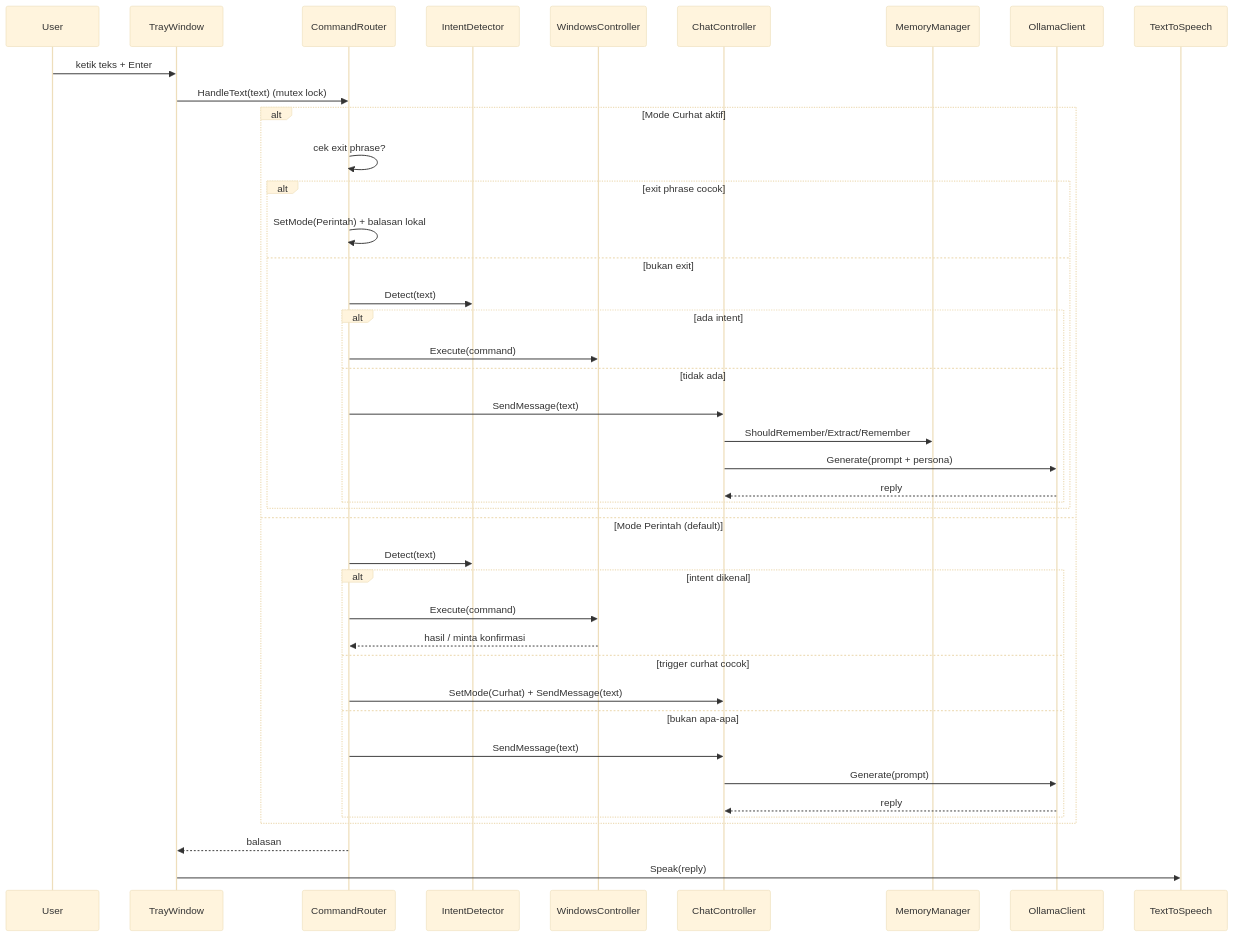
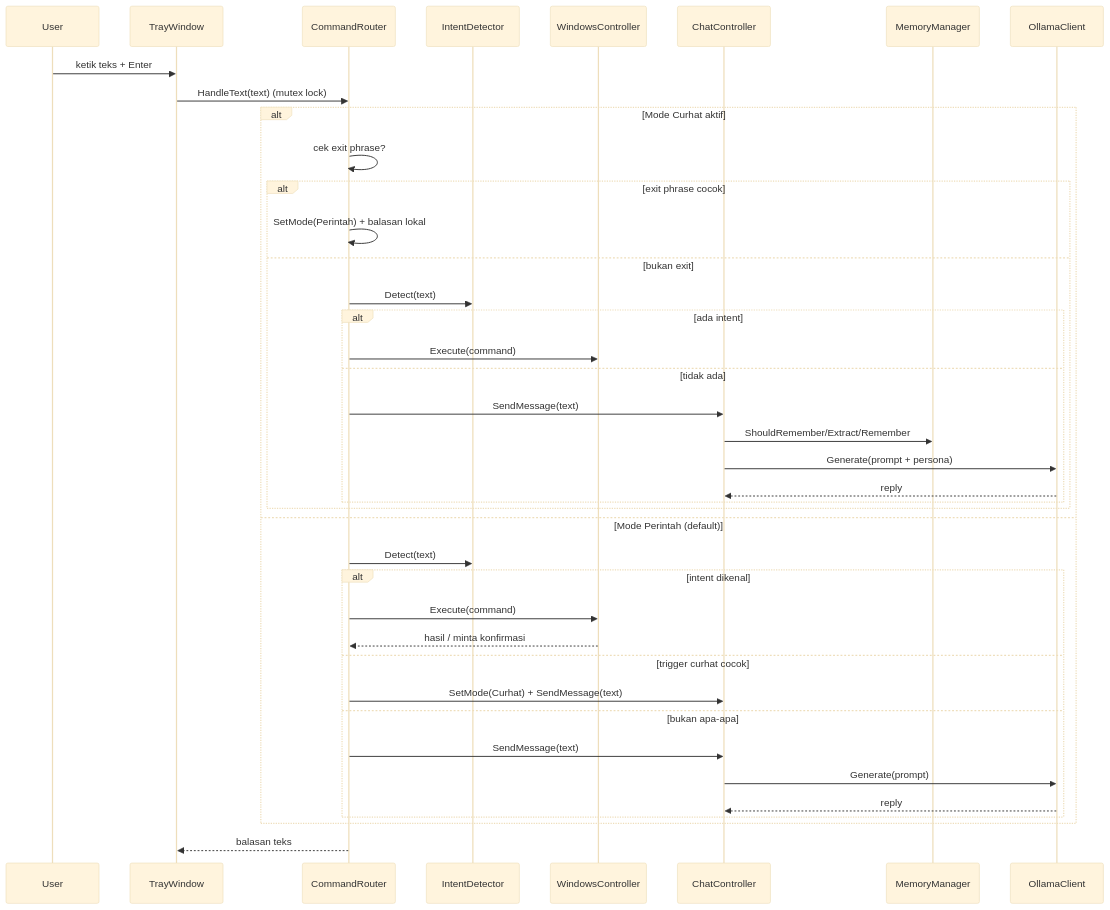
The second of 4 diagrams in README.md (ramjitampan/Istriku), drawn with Mermaid (base theme) before and after one commit. The commit also changed other lines of this file and 27 other files, not shown here.

````diff
--- a/README.md
+++ b/README.md
@@ -94,47 +90,45 @@
 ```mermaid
 sequenceDiagram
     participant U as User
     participant TR as TrayWindow
     participant RT as CommandRouter
     participant ID as IntentDetector
     participant WC as WindowsController
     participant CC as ChatController
     participant MM as MemoryManager
     participant OLL as OllamaClient
-    participant TTS as TextToSpeech
 
     U->>TR: ketik teks + Enter
     TR->>RT: HandleText(text)  (mutex lock)
 
     alt Mode Curhat aktif
         RT->>RT: cek exit phrase?
         alt exit phrase cocok
             RT->>RT: SetMode(Perintah) + balasan lokal
         else bukan exit
             RT->>ID: Detect(text)
             alt ada intent
                 RT->>WC: Execute(command)
             else tidak ada
                 RT->>CC: SendMessage(text)
                 CC->>MM: ShouldRemember/Extract/Remember
                 CC->>OLL: Generate(prompt + persona)
                 OLL-->>CC: reply
             end
         end
     else Mode Perintah (default)
         RT->>ID: Detect(text)
         alt intent dikenal
             RT->>WC: Execute(command)
             WC-->>RT: hasil / minta konfirmasi
         else trigger curhat cocok
             RT->>CC: SetMode(Curhat) + SendMessage(text)
         else bukan apa-apa
             RT->>CC: SendMessage(text)
             CC->>OLL: Generate(prompt)
             OLL-->>CC: reply
         end
     end
 
-    RT-->>TR: balasan
-    TR->>TTS: Speak(reply)
+    RT-->>TR: balasan teks
 ```
````
